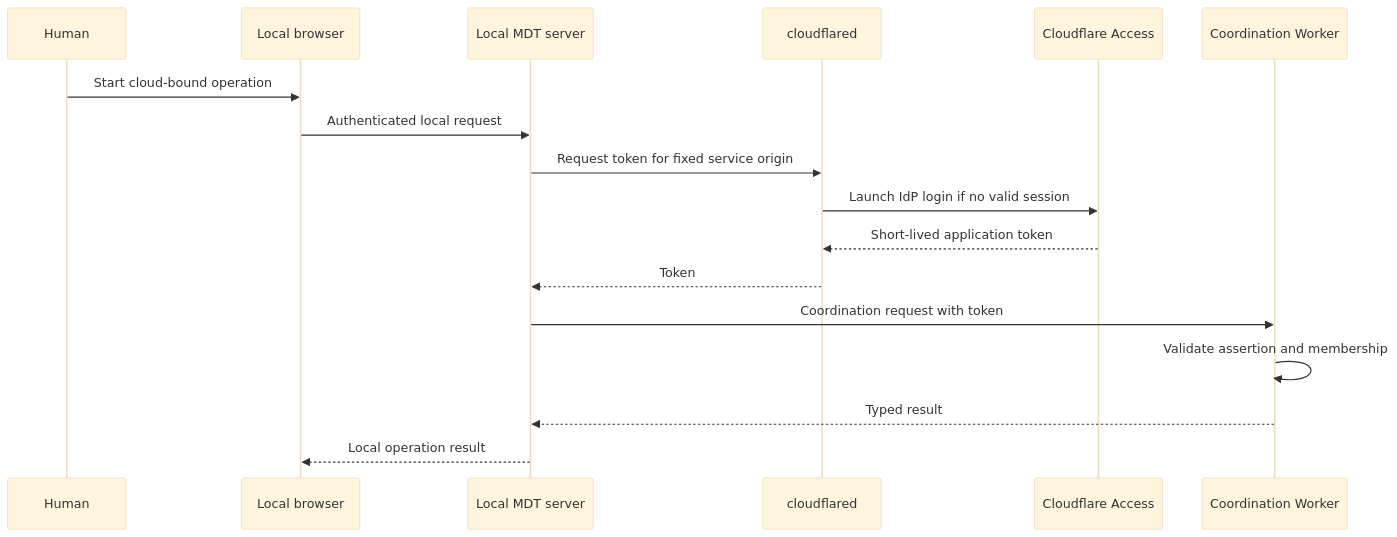
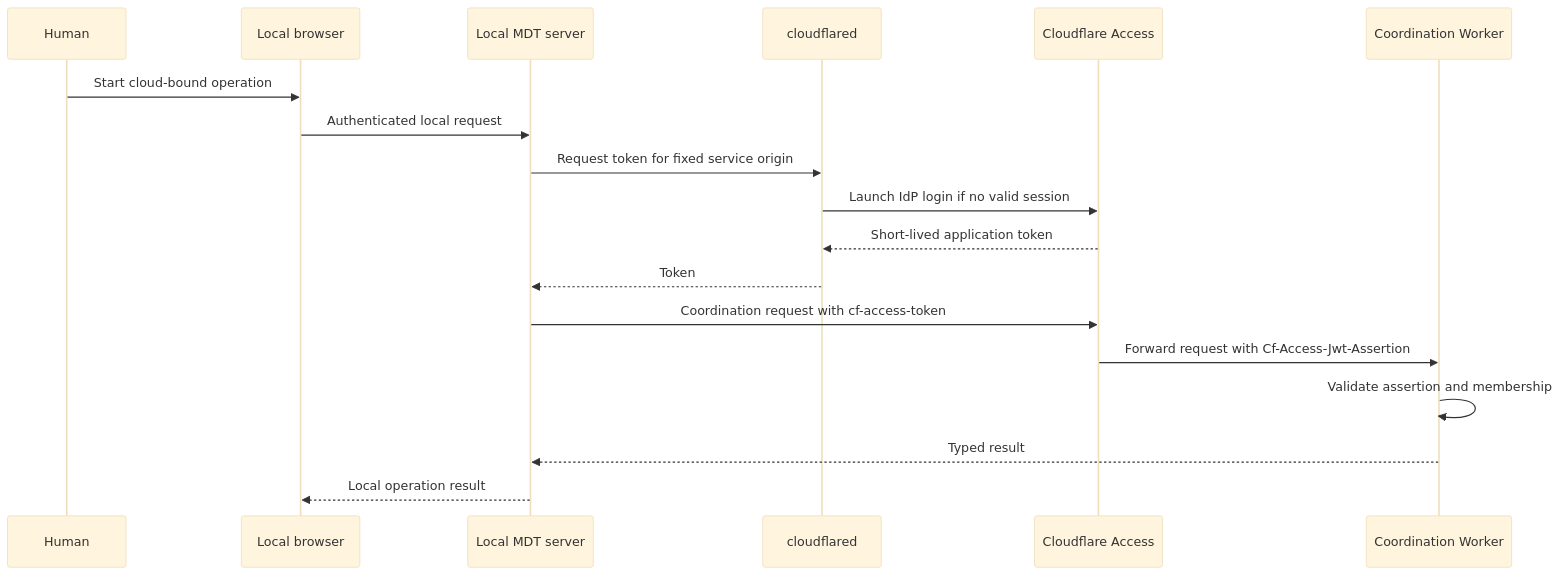
One commit to andkirby/markdown-ticket changed the second of 2 diagrams in docs/architecture/cloud-sync/identity-and-access.md. Above: the diagram before and after it, drawn with Mermaid (base theme). The commit also changed 15 other files, not shown here.

Commit message:
docs(MDT-200): reconcile cloud sync architecture

````diff
--- a/docs/architecture/cloud-sync/identity-and-access.md
+++ b/docs/architecture/cloud-sync/identity-and-access.md
@@ -171,20 +171,21 @@
 ```mermaid
 sequenceDiagram
   participant U as Human
   participant B as Local browser
   participant S as Local MDT server
   participant C as cloudflared
   participant A as Cloudflare Access
   participant W as Coordination Worker
 
   U->>B: Start cloud-bound operation
   B->>S: Authenticated local request
   S->>C: Request token for fixed service origin
   C->>A: Launch IdP login if no valid session
   A-->>C: Short-lived application token
   C-->>S: Token
-  S->>W: Coordination request with token
+  S->>A: Coordination request with cf-access-token
+  A->>W: Forward request with Cf-Access-Jwt-Assertion
   W->>W: Validate assertion and membership
   W-->>S: Typed result
   S-->>B: Local operation result
 ```
````
